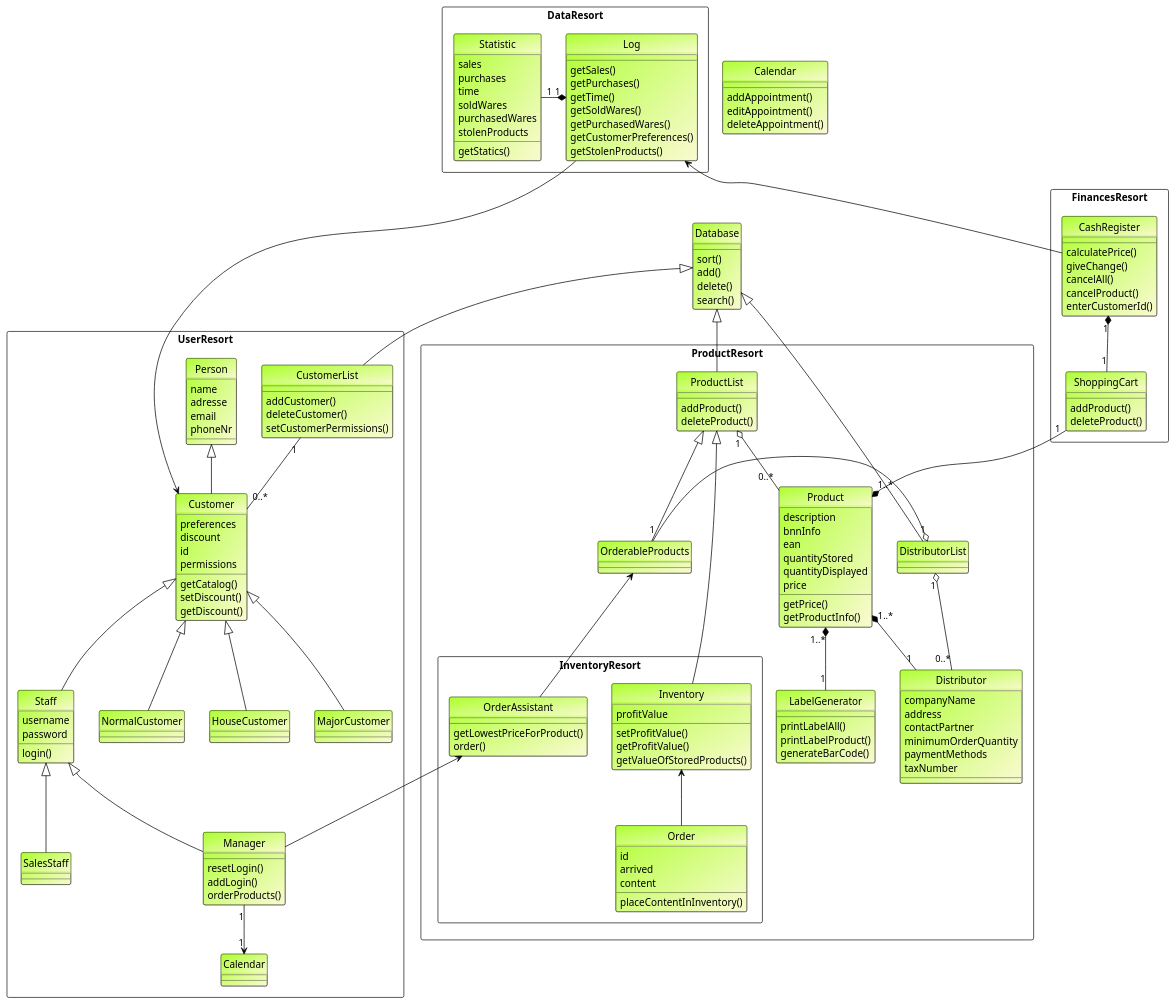
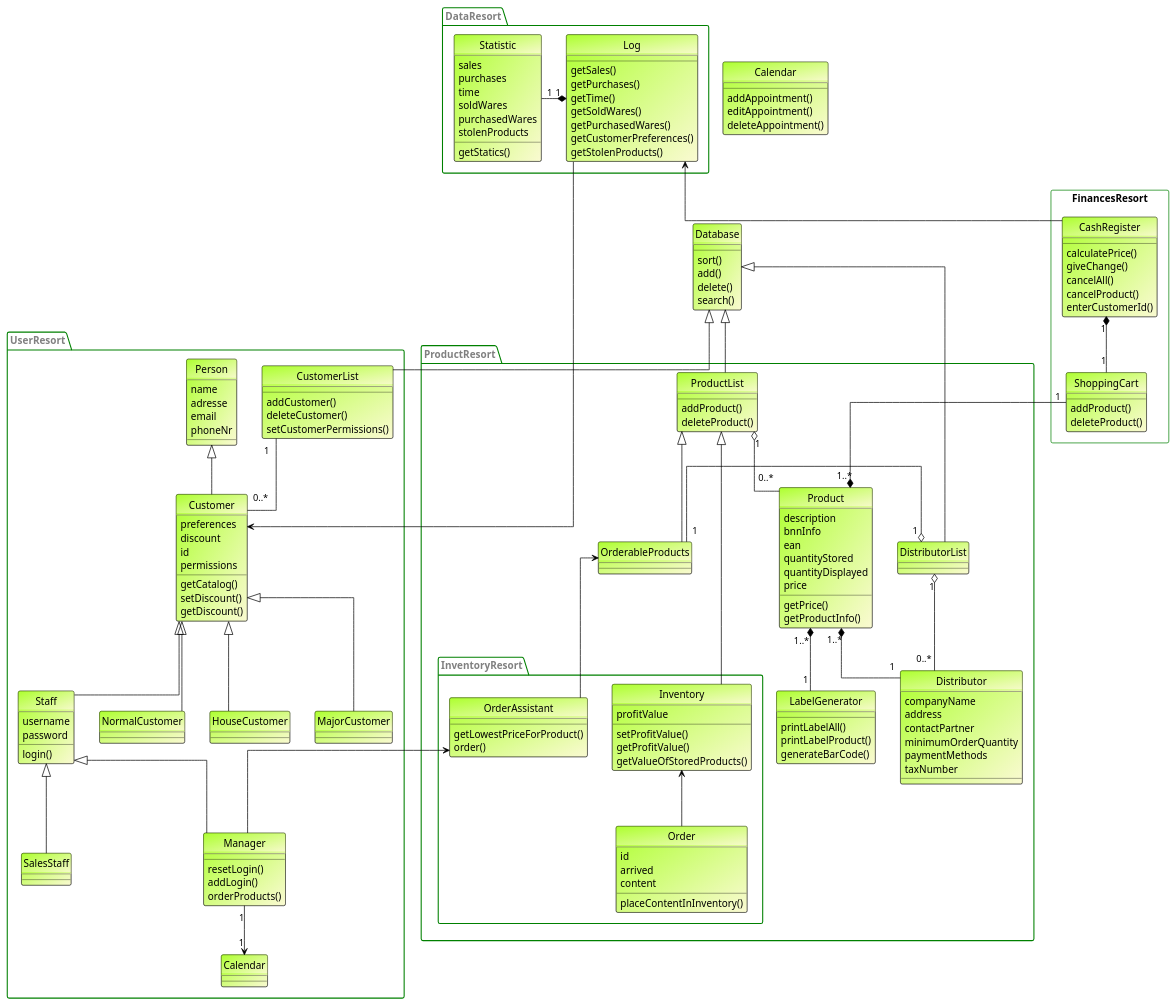
Before and after one commit to LimitlessGreen/swt18w43: the diagram in src/main/asciidoc/models/analysis/ClassAnalysisDiagram.puml, drawn with PlantUML. The commit also changed 3 other files, not shown here.

Commit message:
[improved] Use-CaseDiagram

```diff
--- a/src/main/asciidoc/models/analysis/ClassAnalysisDiagram.puml
+++ b/src/main/asciidoc/models/analysis/ClassAnalysisDiagram.puml
@@ -1,5 +1,5 @@
 @startuml
-'skinparam linetype ortho
+skinparam linetype ortho
 'skinparam groupInheritance 3
 'skinparam handwritten true
 hide circle
@@ -11,6 +11,12 @@
     ArrowColor  Black
 }
 
+skinparam package {
+    FontColor Grey
+    BorderColor Green
+    shadowing false
+}
+
 class Database{
     sort()
     add()
@@ -18,7 +24,7 @@
     search()
 }
 
-rectangle UserResort {
+package UserResort {
 
 class CustomerList{
     addCustomer()
@@ -98,7 +104,7 @@
 
 
 
-rectangle ProductResort{
+package ProductResort{
     class Product{
         '== attributes =='
         description
@@ -157,7 +163,7 @@
 
     Product "1..*" *-- "1" Distributor
 
-    rectangle InventoryResort{
+    package InventoryResort{
 
         class Order{
             id
@@ -189,7 +195,7 @@
 
 }
 
-rectangle DataResort {
+package DataResort {
 
     class Statistic{
         sales
```
